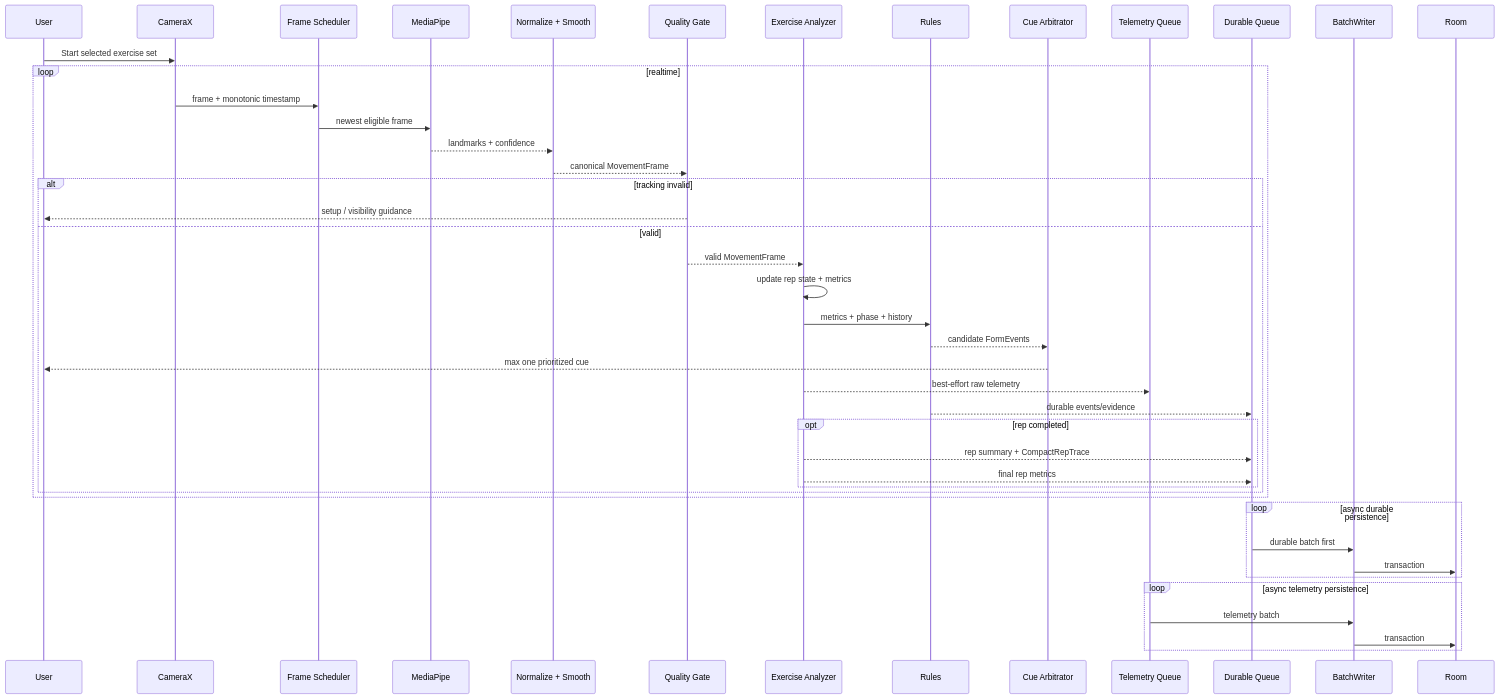
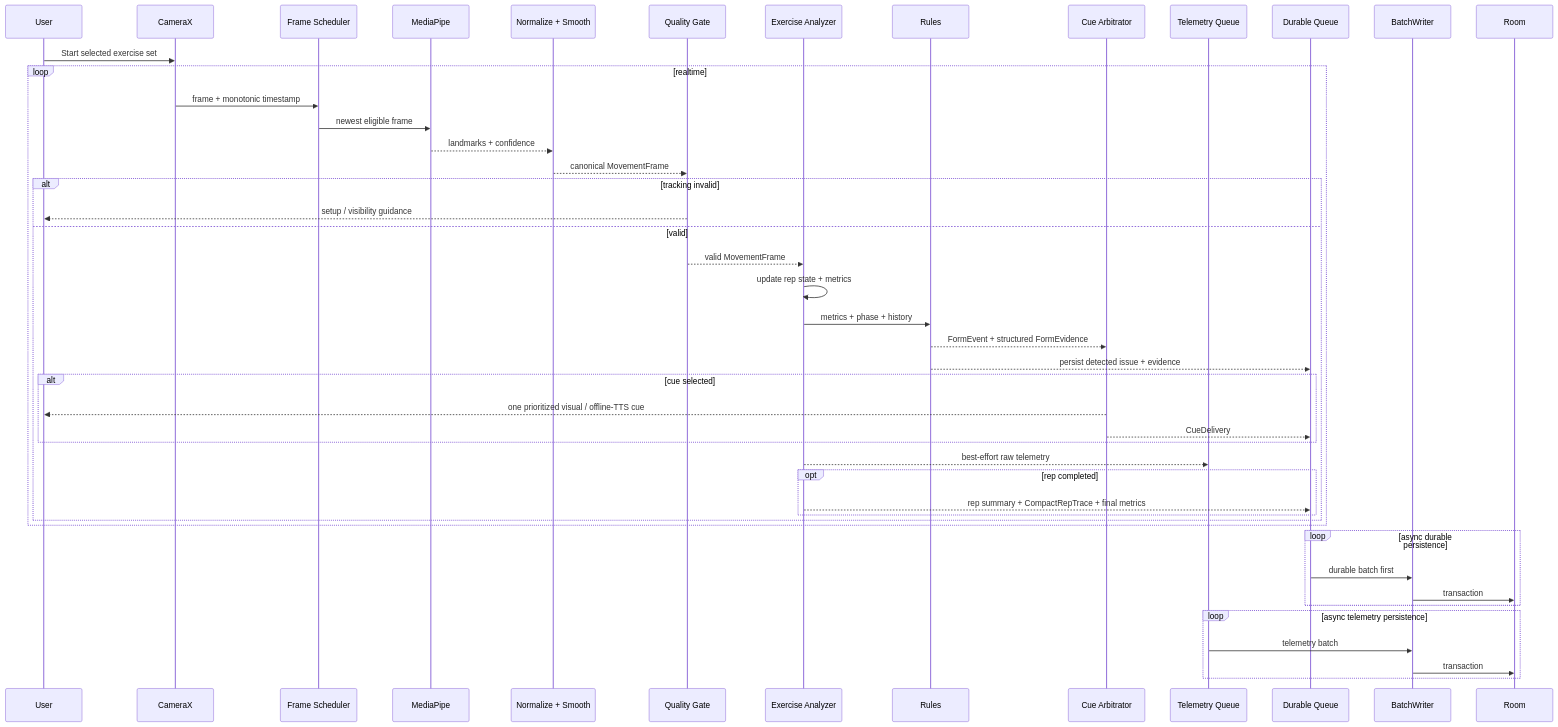
One commit to lazerta/gym-buddy changed the fourth of 7 diagrams in docs/uml/OVERVIEW.md. Above: the diagram before and after it, drawn with Mermaid. The commit also changed other lines of this file, not shown here.

Commit message:
UML v0.6: sync overview with final review candidate

````diff
--- a/docs/uml/OVERVIEW.md
+++ b/docs/uml/OVERVIEW.md
@@ -231,48 +252,50 @@
 ```mermaid
 sequenceDiagram
     participant U as User
     participant C as CameraX
     participant F as Frame Scheduler
     participant P as MediaPipe
     participant N as Normalize + Smooth
     participant G as Quality Gate
     participant A as Exercise Analyzer
     participant R as Rules
     participant Q as Cue Arbitrator
     participant T as Telemetry Queue
     participant D as Durable Queue
     participant W as BatchWriter
     participant DB as Room
 
     U->>C: Start selected exercise set
     loop realtime
       C->>F: frame + monotonic timestamp
       F->>P: newest eligible frame
       P-->>N: landmarks + confidence
       N-->>G: canonical MovementFrame
       alt tracking invalid
         G-->>U: setup / visibility guidance
       else valid
         G-->>A: valid MovementFrame
         A->>A: update rep state + metrics
         A->>R: metrics + phase + history
-        R-->>Q: candidate FormEvents
-        Q-->>U: max one prioritized cue
+        R-->>Q: FormEvent + structured FormEvidence
+        R-->>D: persist detected issue + evidence
+        alt cue selected
+          Q-->>U: one prioritized visual / offline-TTS cue
+          Q-->>D: CueDelivery
+        end
         A-->>T: best-effort raw telemetry
-        R-->>D: durable events/evidence
         opt rep completed
-          A-->>D: rep summary + CompactRepTrace
-          A-->>D: final rep metrics
+          A-->>D: rep summary + CompactRepTrace + final metrics
         end
       end
     end
 
     loop async durable persistence
       D->>W: durable batch first
       W->>DB: transaction
     end
     loop async telemetry persistence
       T->>W: telemetry batch
       W->>DB: transaction
     end
 ```
````
